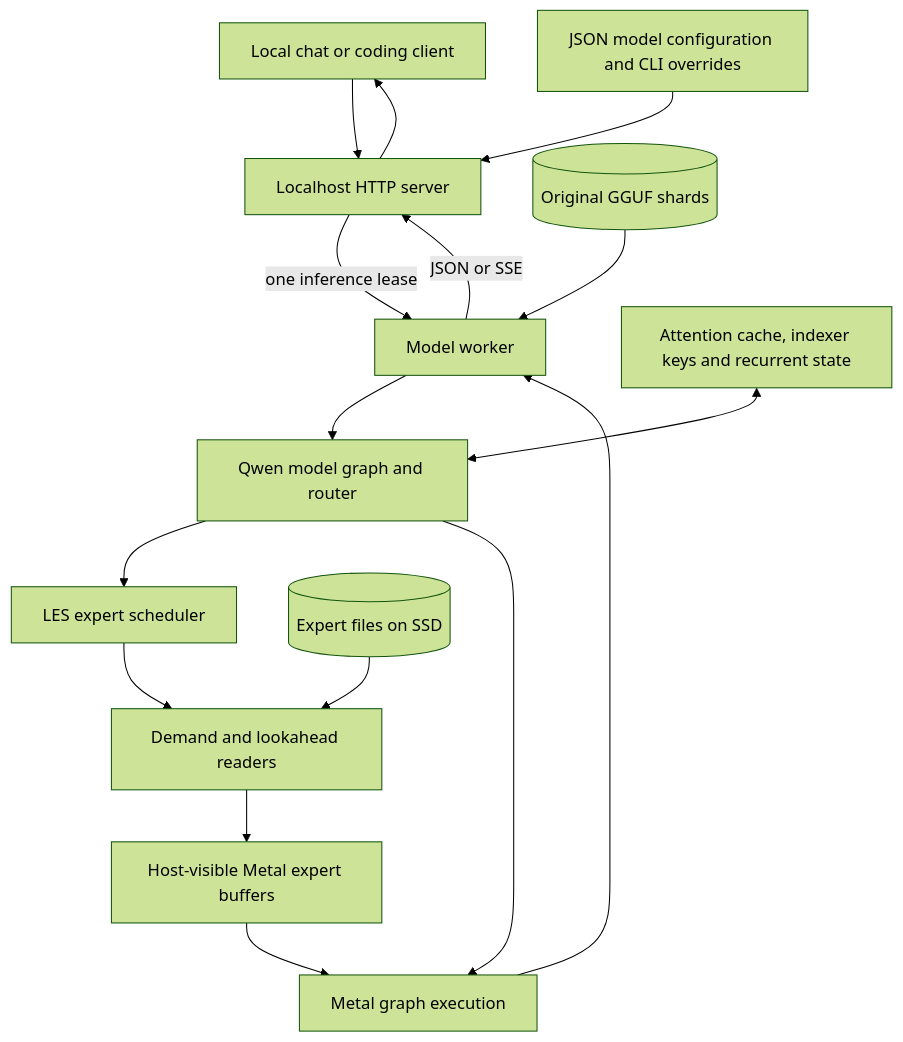
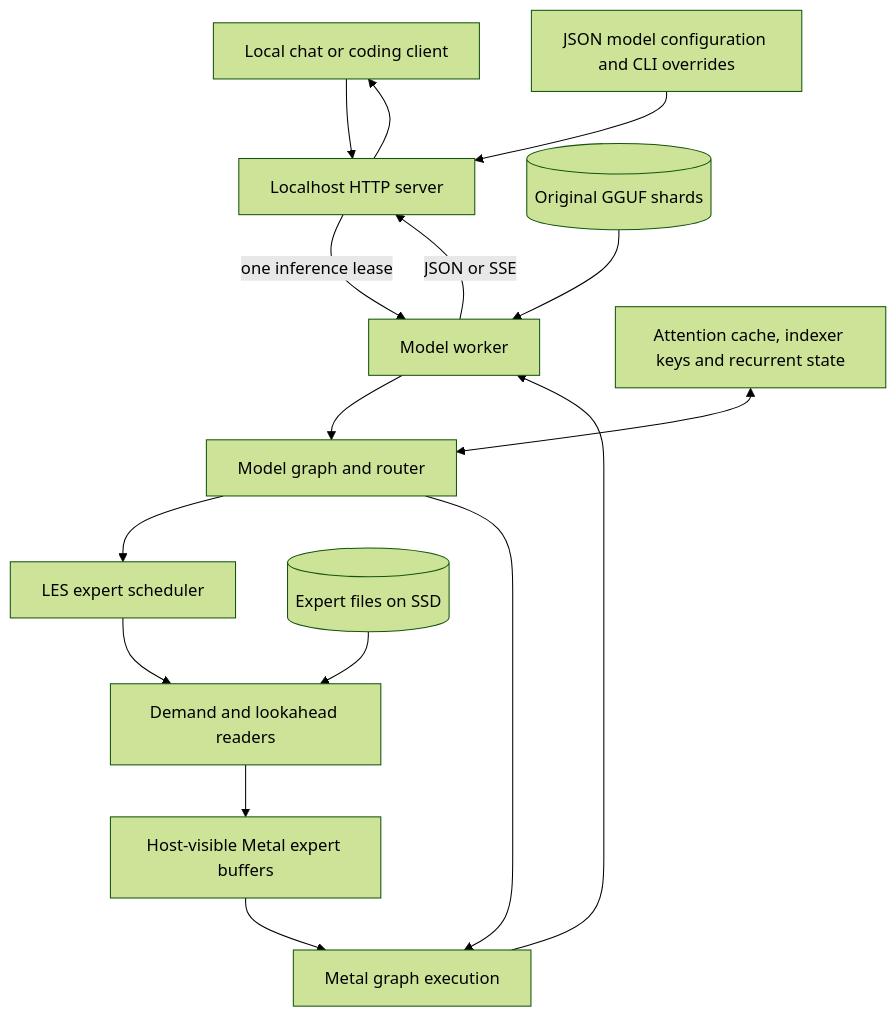
The first of 3 diagrams in docs/architecture.md (davide-troiani/moeshift), drawn with Mermaid (forest theme) before and after one commit. The commit also changed other lines of this file and 41 other files, not shown here.

````diff
--- a/docs/architecture.md
+++ b/docs/architecture.md
@@ -51,18 +60,18 @@
 ```mermaid
 flowchart TB
     Client[Local chat or coding client] --> HTTP[Localhost HTTP server]
     Config[JSON model configuration and CLI overrides] --> HTTP
     HTTP -->|one inference lease| Worker[Model worker]
-    Worker --> Qwen[Qwen model graph and router]
-    Qwen --> LES[LES expert scheduler]
+    Worker --> Graph[Model graph and router]
+    Graph --> LES[LES expert scheduler]
     LES --> Readers[Demand and lookahead readers]
     SSD[(Expert files on SSD)] --> Readers
     Readers --> Cache[Host-visible Metal expert buffers]
-    Qwen --> Metal[Metal graph execution]
+    Graph --> Metal[Metal graph execution]
     Cache --> Metal
-    Context[Attention cache, indexer keys and recurrent state] <--> Qwen
+    Context[Attention cache, indexer keys and recurrent state] <--> Graph
     GGUF[(Original GGUF shards)] --> Worker
     Metal --> Worker
     Worker -->|JSON or SSE| HTTP
     HTTP --> Client
 ```
````
